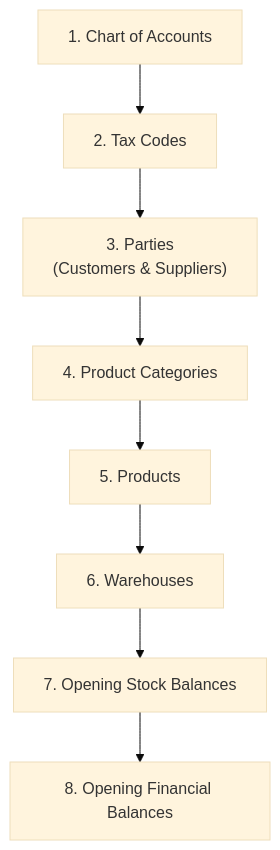
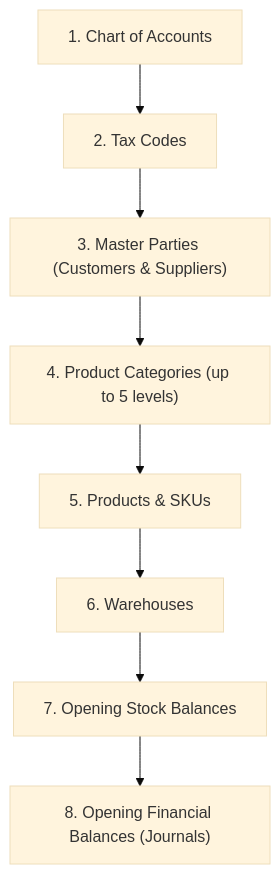
One commit to tenarm/docs changed the diagram in admin-guides/data-import-and-migration.md. Above: the diagram before and after it, drawn with Mermaid (base theme). The commit also changed other lines of this file and 42 other files, not shown here.

````diff
--- a/admin-guides/data-import-and-migration.md
+++ b/admin-guides/data-import-and-migration.md
@@ -14,10 +30,10 @@
 ```mermaid
 flowchart TD
-    A["1. Chart of Accounts"] --> B["2. Tax Codes"]
-    B --> C["3. Parties\n(Customers & Suppliers)"]
-    C --> D["4. Product Categories"]
-    D --> E["5. Products"]
-    E --> F["6. Warehouses"]
-    F --> G["7. Opening Stock Balances"]
-    G --> H["8. Opening Financial Balances"]
+    COA["1. Chart of Accounts"] --> Tax["2. Tax Codes"]
+    Tax --> Party["3. Master Parties (Customers & Suppliers)"]
+    Party --> Cat["4. Product Categories (up to 5 levels)"]
+    Cat --> Prod["5. Products & SKUs"]
+    Prod --> WH["6. Warehouses"]
+    WH --> Stock["7. Opening Stock Balances"]
+    Stock --> Fin["8. Opening Financial Balances (Journals)"]
 ```
````
